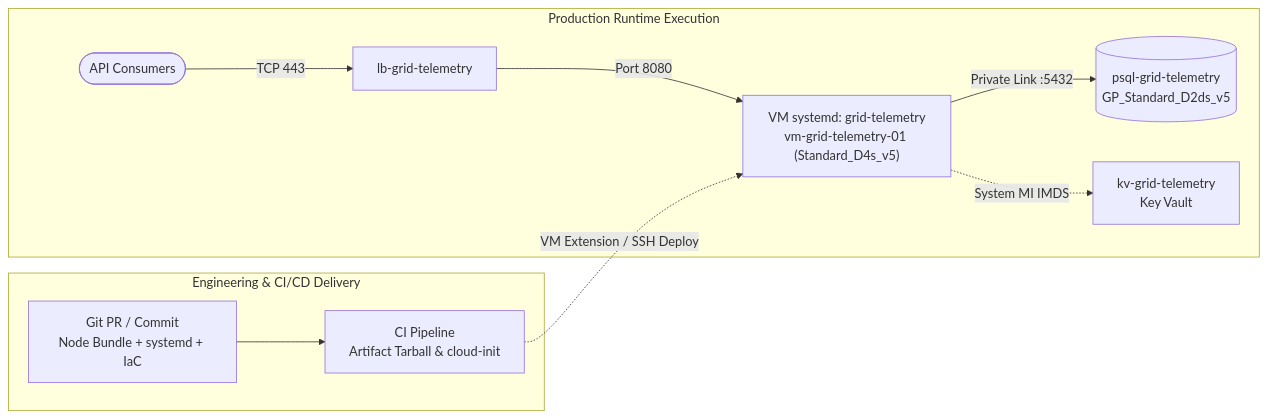
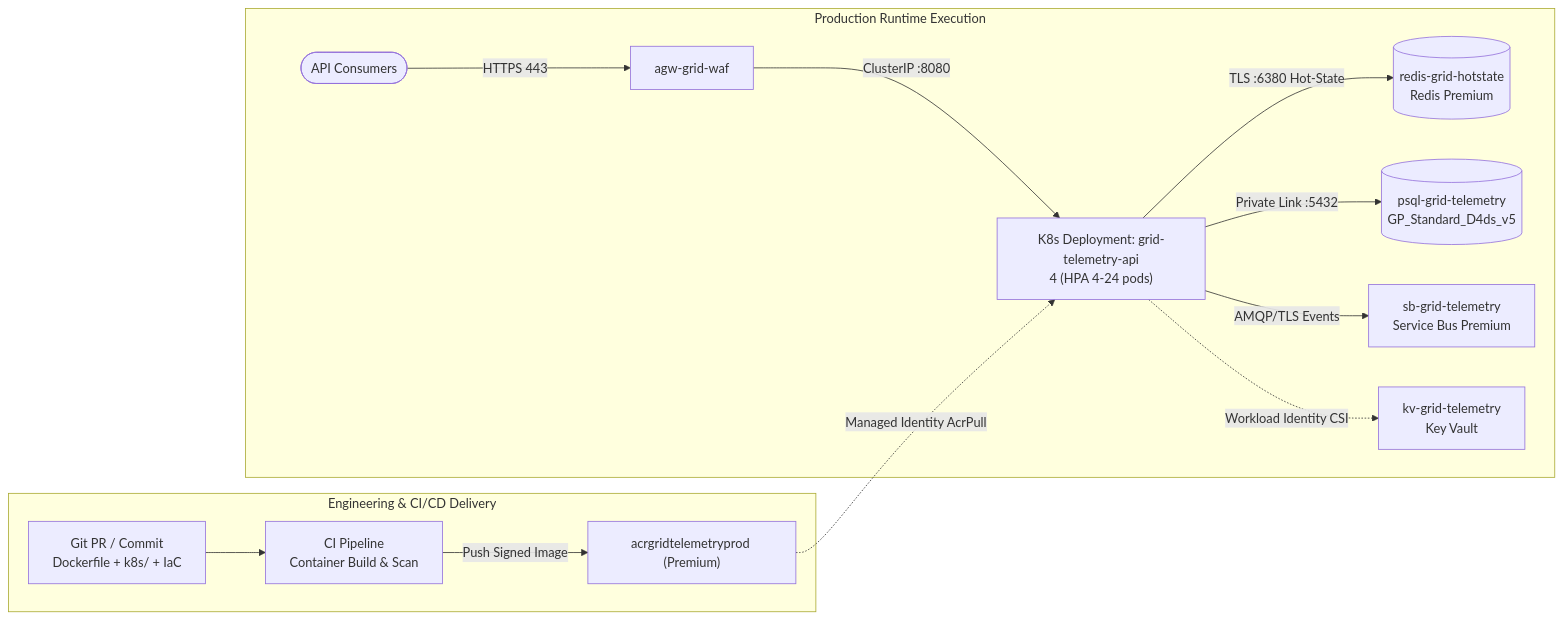
Before and after one commit to gitpavleenbali/dac-central-platform-docs: the diagram in products/grid-telemetry-service/contributor-guide.md, drawn with Mermaid. The commit also changed other lines of this file and 5 other files, not shown here.

Commit message:
docs(grid-telemetry-service): sync architecture & guides from gitpavleenbali/dac-workload-modernization@c710df3

````diff
--- a/products/grid-telemetry-service/contributor-guide.md
+++ b/products/grid-telemetry-service/contributor-guide.md
@@ -8,19 +8,24 @@
 ```mermaid
 flowchart LR
   subgraph sg_cicd["Engineering & CI/CD Delivery"]
-    dev_commit["Git PR / Commit<br/>Node Bundle + systemd + IaC"]
-    ci_build["CI Pipeline<br/>Artifact Tarball & cloud-init"]
-    dev_commit --> ci_build
+    dev_commit["Git PR / Commit<br/>Dockerfile + k8s/ + IaC"]
+    ci_build["CI Pipeline<br/>Container Build & Scan"]
+    acr_reg["acrgridtelemetryprod (Premium)"]
+    dev_commit --> ci_build -->|"Push Signed Image"| acr_reg
   end
   subgraph sg_runtime["Production Runtime Execution"]
     api_caller(["API Consumers"])
-    rt_ingress["lb-grid-telemetry"]
-    rt_compute["VM systemd: grid-telemetry<br/>vm-grid-telemetry-01 (Standard_D4s_v5)"]
-    api_caller -->|"TCP 443"| rt_ingress -->|"Port 8080"| rt_compute
-    ci_build -.->|"VM Extension / SSH Deploy"| rt_compute
-    rt_db[("psql-grid-telemetry<br/>GP_Standard_D2ds_v5")]
+    rt_ingress["agw-grid-waf"]
+    rt_compute["K8s Deployment: grid-telemetry-api<br/>4 (HPA 4-24 pods)"]
+    api_caller -->|"HTTPS 443"| rt_ingress -->|"ClusterIP :8080"| rt_compute
+    acr_reg -.->|"Managed Identity AcrPull"| rt_compute
+    rt_redis[("redis-grid-hotstate<br/>Redis Premium")]
+    rt_compute -->|"TLS :6380 Hot-State"| rt_redis
+    rt_db[("psql-grid-telemetry<br/>GP_Standard_D4ds_v5")]
     rt_compute -->|"Private Link :5432"| rt_db
+    rt_sb["sb-grid-telemetry<br/>Service Bus Premium"]
+    rt_compute -->|"AMQP/TLS Events"| rt_sb
     rt_kv["kv-grid-telemetry<br/>Key Vault"]
-    rt_compute -.->|"System MI IMDS"| rt_kv
+    rt_compute -.->|"Workload Identity CSI"| rt_kv
   end
 ```
````
